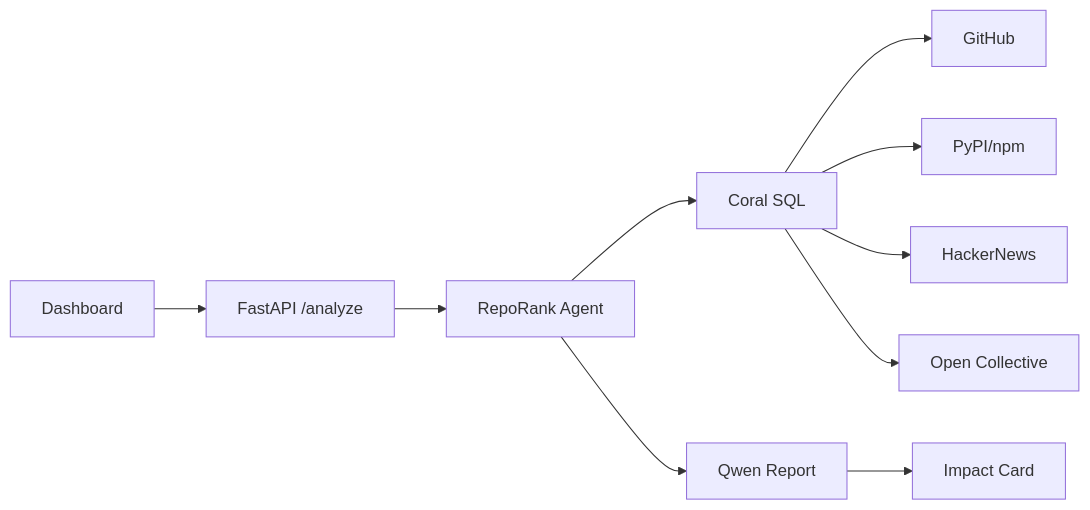
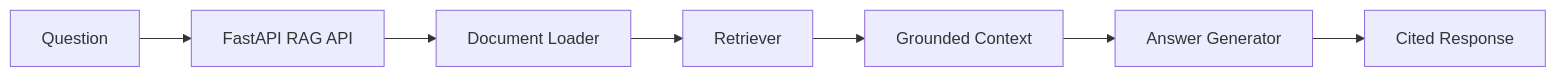
One commit to himanshu748/himanshu748 changed the first of 3 diagrams in README.md. Above: the diagram before and after it, drawn with Mermaid. The commit also changed other lines of this file, not shown here.

````diff
--- a/README.md
+++ b/README.md
@@ -85,12 +85,9 @@
 ```mermaid
 flowchart LR
-  UI["Dashboard"] --> API["FastAPI /analyze"]
-  API --> ORC["RepoRank Agent"]
-  ORC --> CORAL["Coral SQL"]
-  CORAL --> GH["GitHub"]
-  CORAL --> PKG["PyPI/npm"]
-  CORAL --> HN["HackerNews"]
-  CORAL --> OC["Open Collective"]
-  ORC --> LLM["Qwen Report"]
-  LLM --> CARD["Impact Card"]
+  USER["Question"] --> API["FastAPI RAG API"]
+  API --> LOAD["Document Loader"]
+  LOAD --> RET["Retriever"]
+  RET --> CTX["Grounded Context"]
+  CTX --> LLM["Answer Generator"]
+  LLM --> RESP["Cited Response"]
 ```
````
